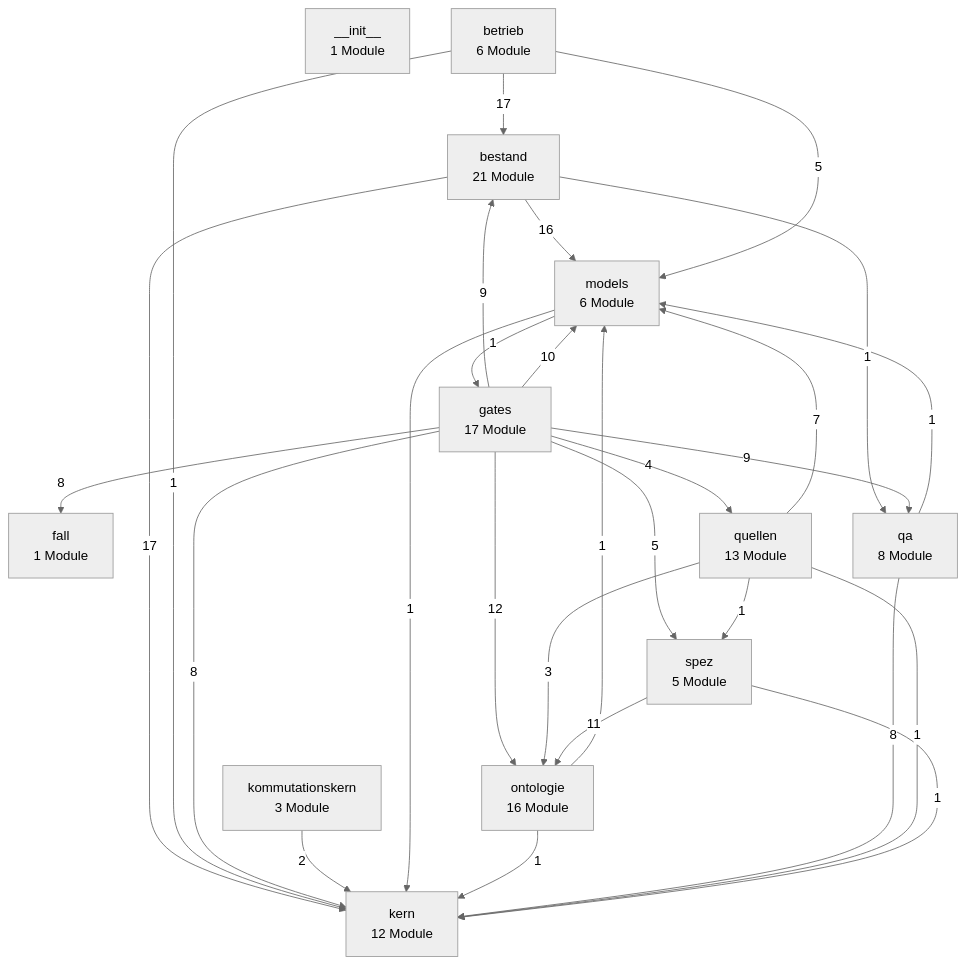
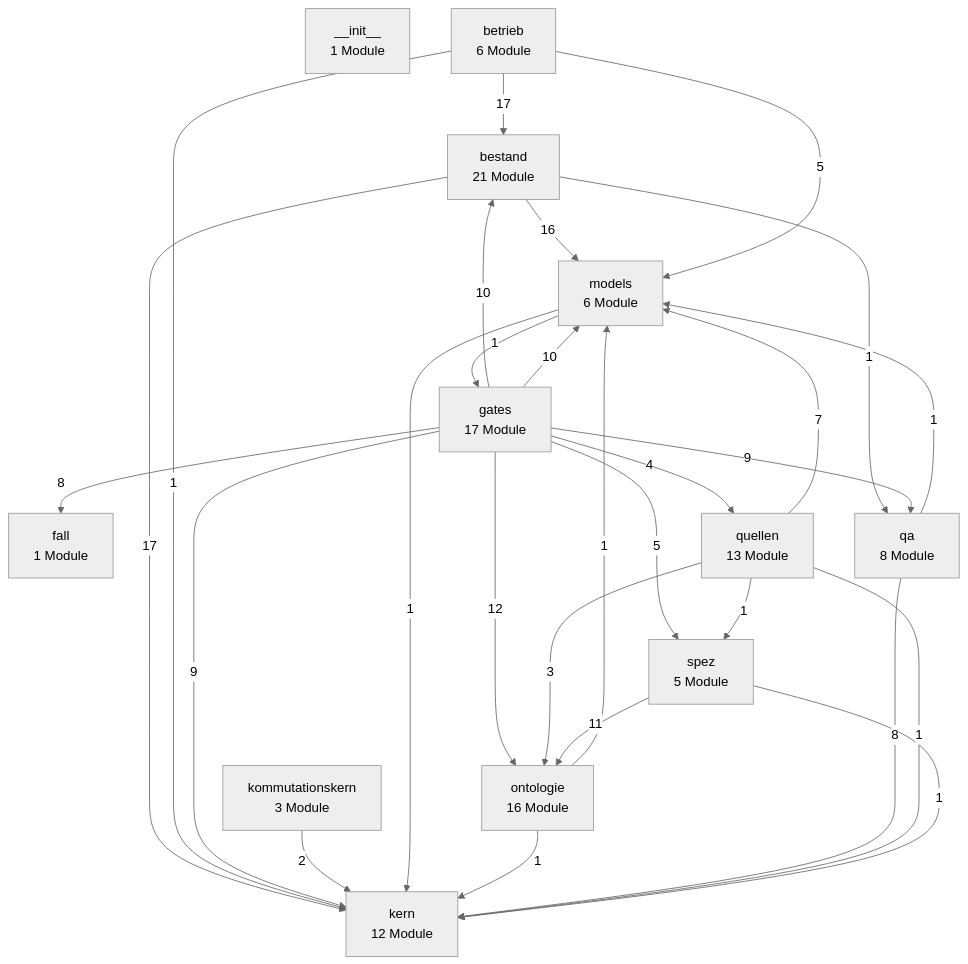
One commit to bartlmac/rechner-pipeline changed the first of 3 diagrams in docs/architektur/landkarte.md. Above: the diagram before and after it, drawn with Mermaid (neutral theme). The commit also changed 15 other files, not shown here.

````diff
--- a/docs/architektur/landkarte.md
+++ b/docs/architektur/landkarte.md
@@ -27,43 +27,43 @@
 ```mermaid
 %% Schichten — erzeugt von ontologie.landkarte
 flowchart TD
     n__init__["__init__<br/>1 Module"]
     bestand["bestand<br/>21 Module"]
     betrieb["betrieb<br/>6 Module"]
     fall["fall<br/>1 Module"]
     gates["gates<br/>17 Module"]
     kern["kern<br/>12 Module"]
     kommutationskern["kommutationskern<br/>3 Module"]
     models["models<br/>6 Module"]
     ontologie["ontologie<br/>16 Module"]
     qa["qa<br/>8 Module"]
     quellen["quellen<br/>13 Module"]
     spez["spez<br/>5 Module"]
     bestand -- 17 --> kern
     bestand -- 16 --> models
     bestand -- 1 --> qa
     betrieb -- 17 --> bestand
     betrieb -- 1 --> kern
     betrieb -- 5 --> models
-    gates -- 9 --> bestand
+    gates -- 10 --> bestand
     gates -- 8 --> fall
-    gates -- 8 --> kern
+    gates -- 9 --> kern
     gates -- 10 --> models
     gates -- 12 --> ontologie
     gates -- 9 --> qa
     gates -- 4 --> quellen
     gates -- 5 --> spez
     kommutationskern -- 2 --> kern
     models -- 1 --> gates
     models -- 1 --> kern
     ontologie -- 1 --> kern
     ontologie -- 1 --> models
     qa -- 8 --> kern
     qa -- 1 --> models
     quellen -- 1 --> kern
     quellen -- 7 --> models
     quellen -- 3 --> ontologie
     quellen -- 1 --> spez
     spez -- 1 --> kern
     spez -- 11 --> ontologie
 ```
````
